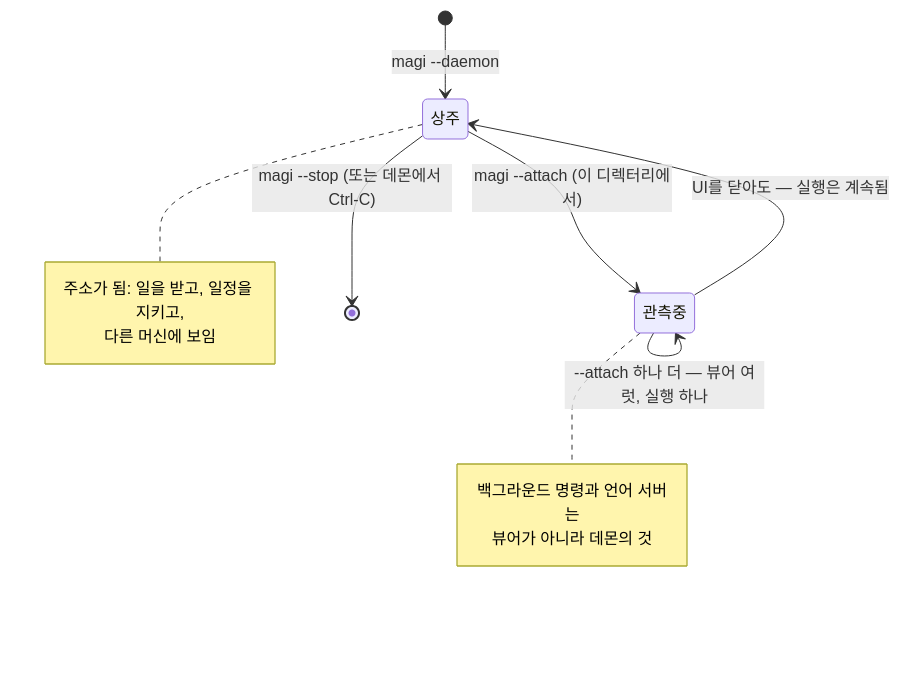
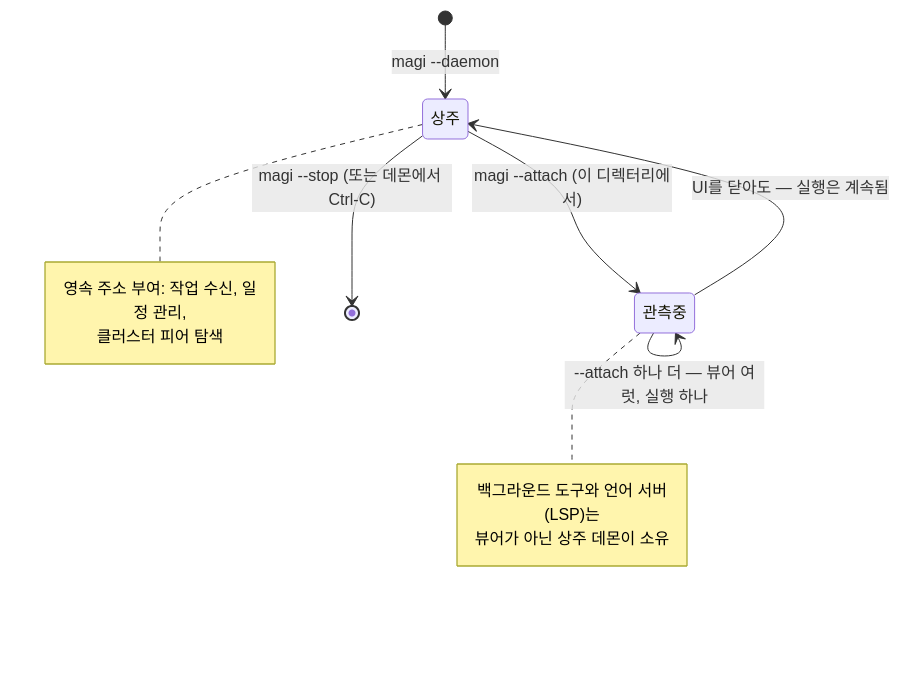
One commit to sayaya1090/magi changed the third of 19 diagrams in docs/MANUAL.ko.md. Above: the diagram before and after it, drawn with Mermaid. The commit also changed other lines of this file and 2 other files, not shown here.

````diff
--- a/docs/MANUAL.ko.md
+++ b/docs/MANUAL.ko.md
@@ -369,16 +286,16 @@
 ```mermaid
 stateDiagram-v2
     [*] --> 상주: magi --daemon
     상주 --> 관측중: magi --attach (이 디렉터리에서)
     관측중 --> 상주: UI를 닫아도 — 실행은 계속됨
     관측중 --> 관측중: --attach 하나 더 — 뷰어 여럿, 실행 하나
     상주 --> [*]: magi --stop (또는 데몬에서 Ctrl-C)
     note right of 상주
-        주소가 됨: 일을 받고, 일정을 지키고,
-        다른 머신에 보임
+        영속 주소 부여: 작업 수신, 일정 관리,
+        클러스터 피어 탐색
     end note
     note right of 관측중
-        백그라운드 명령과 언어 서버는
-        뷰어가 아니라 데몬의 것
+        백그라운드 도구와 언어 서버(LSP)는
+        뷰어가 아닌 상주 데몬이 소유
     end note
 ```
````
